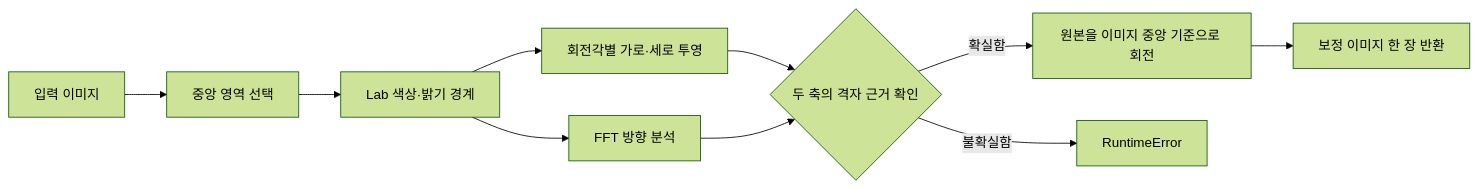
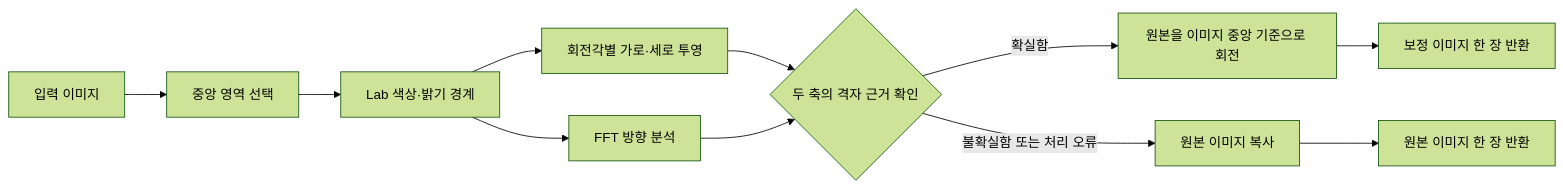
One commit to NS-DDC/Wafer_Angle_Refine changed the diagram in README.md. Above: the diagram before and after it, drawn with Mermaid (forest theme). The commit also changed other lines of this file and 4 other files, not shown here.

```diff
--- a/README.md
+++ b/README.md
@@ -53,12 +56,13 @@
 ~~~mermaid
 flowchart LR
     A[입력 이미지] --> B[중앙 영역 선택]
     B --> C[Lab 색상·밝기 경계]
     C --> D[회전각별 가로·세로 투영]
     C --> E[FFT 방향 분석]
     D --> F{두 축의 격자 근거 확인}
     E --> F
     F -->|확실함| G[원본을 이미지 중앙 기준으로 회전]
-    F -->|불확실함| H[RuntimeError]
+    F -->|불확실함 또는 처리 오류| H[원본 이미지 복사]
     G --> I[보정 이미지 한 장 반환]
+    H --> J[원본 이미지 한 장 반환]
 ~~~
```
